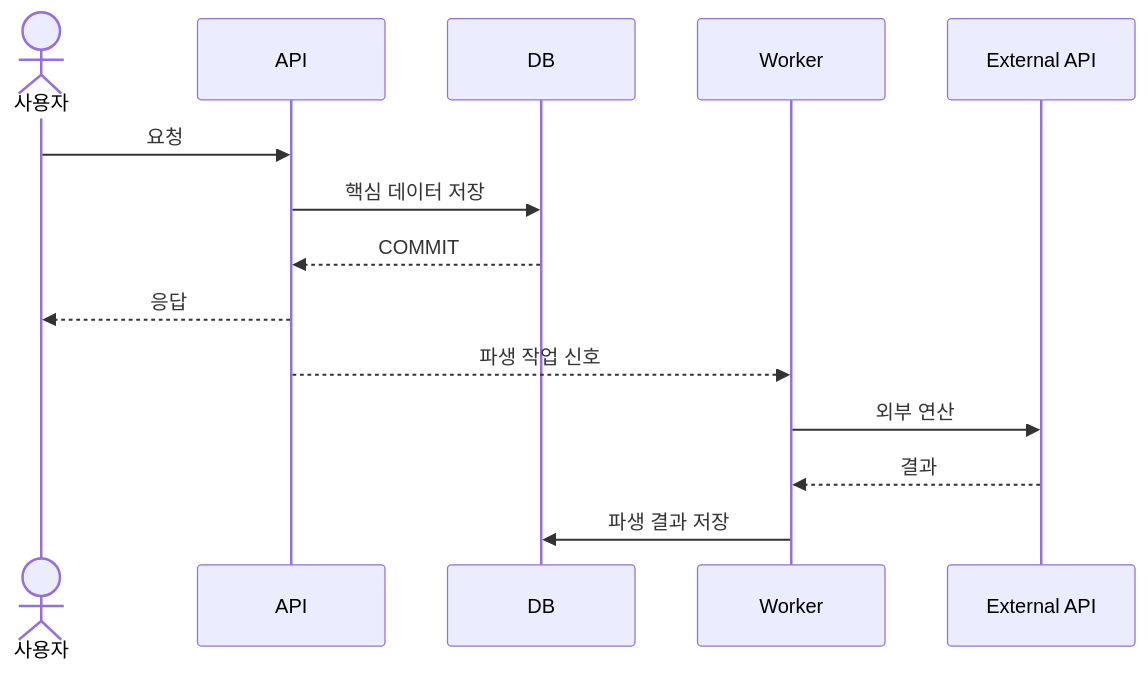
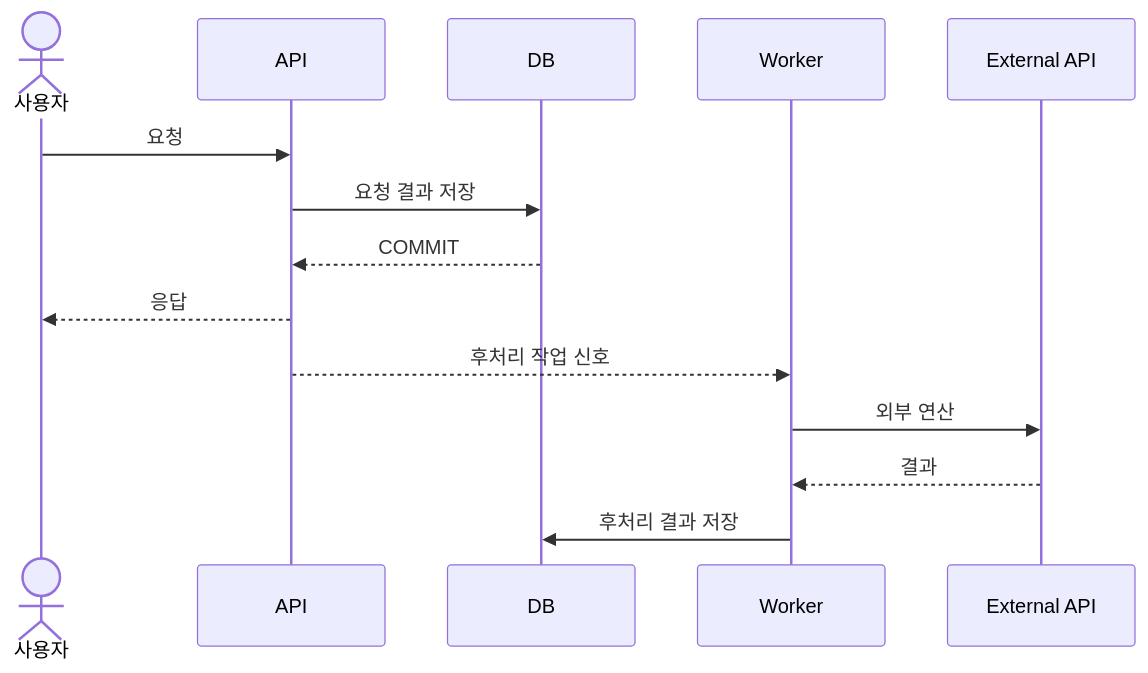
Before and after one commit to jiwon11/jiwon11.github.io: the second of 10 diagrams in _posts/2026-06-29-ai-conversation-post-processing-pipeline.md, drawn with Mermaid. The commit also changed other lines of this file and 6 other files, not shown here.

```diff
--- a/_posts/2026-06-29-ai-conversation-post-processing-pipeline.md
+++ b/_posts/2026-06-29-ai-conversation-post-processing-pipeline.md
@@ -67,17 +67,17 @@
 ~~~mermaid
 sequenceDiagram
     actor U as 사용자
     participant API as API
     participant DB as DB
     participant W as Worker
     participant X as External API
 
     U->>API: 요청
-    API->>DB: 핵심 데이터 저장
+    API->>DB: 요청 결과 저장
     DB-->>API: COMMIT
     API-->>U: 응답
-    API-->>W: 파생 작업 신호
+    API-->>W: 후처리 작업 신호
     W->>X: 외부 연산
     X-->>W: 결과
-    W->>DB: 파생 결과 저장
+    W->>DB: 후처리 결과 저장
 ~~~
```
